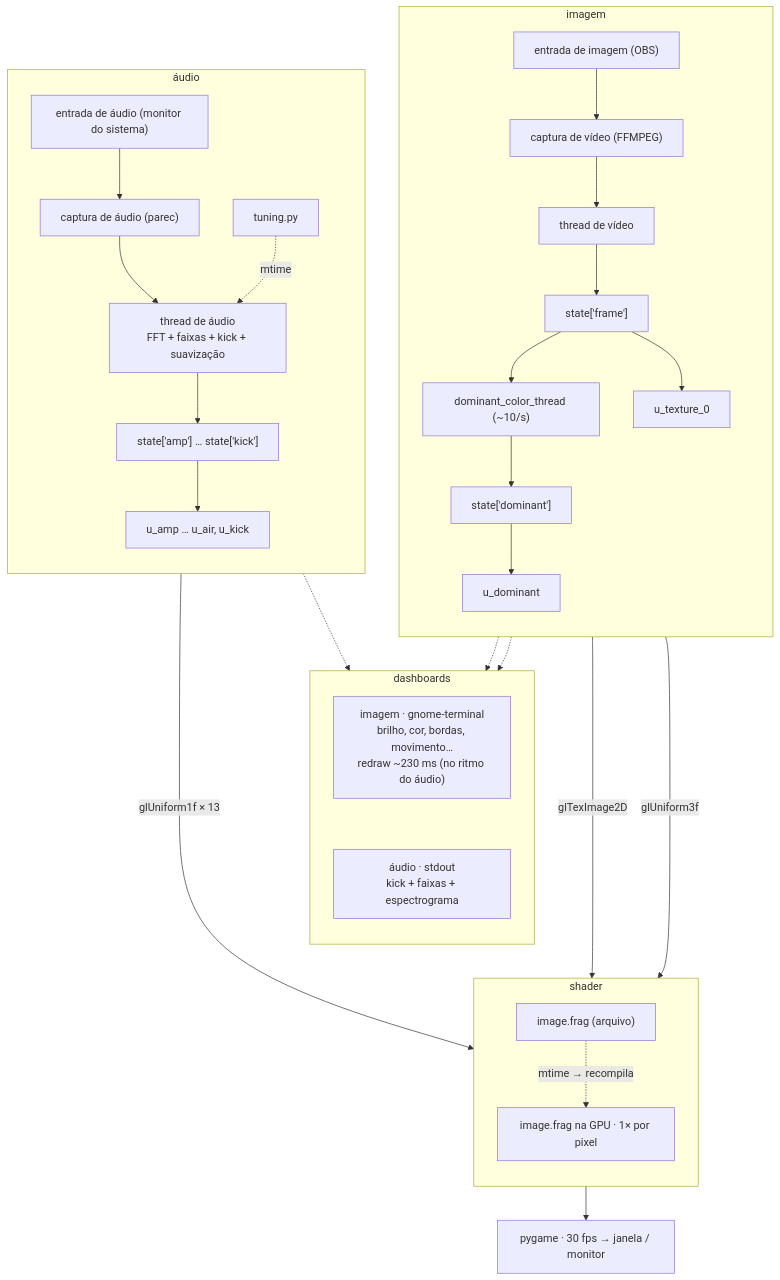
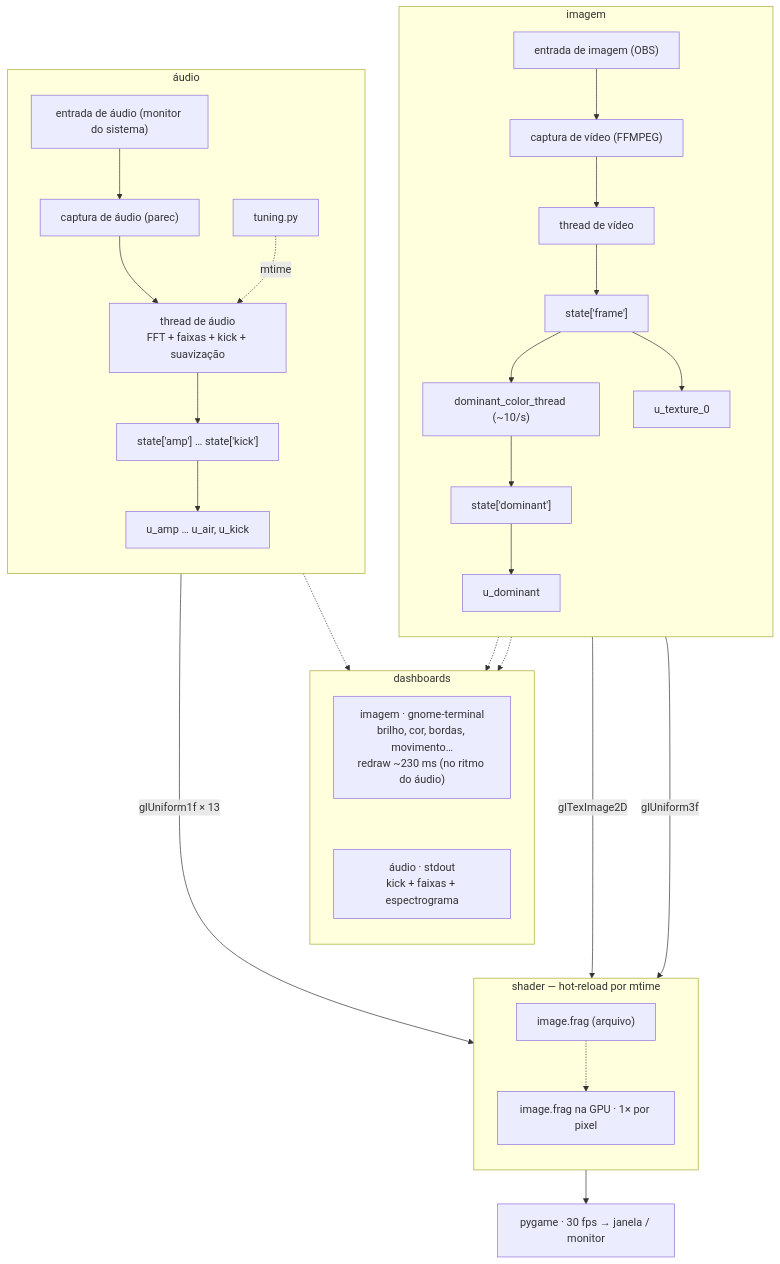
The first of 2 diagrams in README.md (paulocremas/cremas-synth-lab), drawn with Mermaid before and after one commit.

Commit message:
Flow 1: narrow shader block (move mtime label to subgraph title)

````diff
--- a/README.md
+++ b/README.md
@@ -43,45 +43,45 @@
 ```mermaid
 flowchart TD
     subgraph IMG_SIDE["imagem"]
         direction TB
         IMG["entrada de imagem (OBS)"] --> CAPV["captura de vídeo (FFMPEG)"]
         CAPV --> VT["thread de vídeo"]
         VT --> SF["state['frame']"]
         SF --> DCT["dominant_color_thread (~10/s)"]
         DCT --> SD["state['dominant']"]
         SF --> UTEX["u_texture_0"]
         SD --> UDOM["u_dominant"]
     end
 
     subgraph MON["dashboards"]
         direction TB
         MON_I["imagem · gnome-terminal<br/>brilho, cor, bordas, movimento…<br/>redraw ~230 ms (no ritmo do áudio)"]
         MON_A["áudio · stdout<br/>kick + faixas + espectrograma"]
         MON_I ~~~ MON_A
     end
 
     subgraph AUD_SIDE["áudio"]
         direction TB
         AUD["entrada de áudio (monitor do sistema)"] --> CAPA["captura de áudio (parec)"]
         CAPA --> AT["thread de áudio<br/>FFT + faixas + kick + suavização"]
         AT --> SA["state['amp'] … state['kick']"]
         SA --> UAUD["u_amp … u_air, u_kick"]
         TUN["tuning.py"] -.->|"mtime"| AT
     end
 
     SF -.-> MON_I
     SD -.-> MON_I
     AT -.-> MON_A
 
-    subgraph SH["shader"]
+    subgraph SH["shader — hot-reload por mtime"]
         direction TB
-        FRAG["image.frag (arquivo)"] -.->|"mtime → recompila"| GPU["image.frag na GPU · 1× por pixel"]
+        FRAG["image.frag (arquivo)"] -.-> GPU["image.frag na GPU · 1× por pixel"]
     end
 
     MON_A ~~~ FRAG
 
     UTEX -->|"glTexImage2D"| GPU
     UDOM -->|"glUniform3f"| GPU
     UAUD -->|"glUniform1f × 13"| GPU
     GPU --> WIN["pygame · 30 fps → janela / monitor"]
 ```
````
